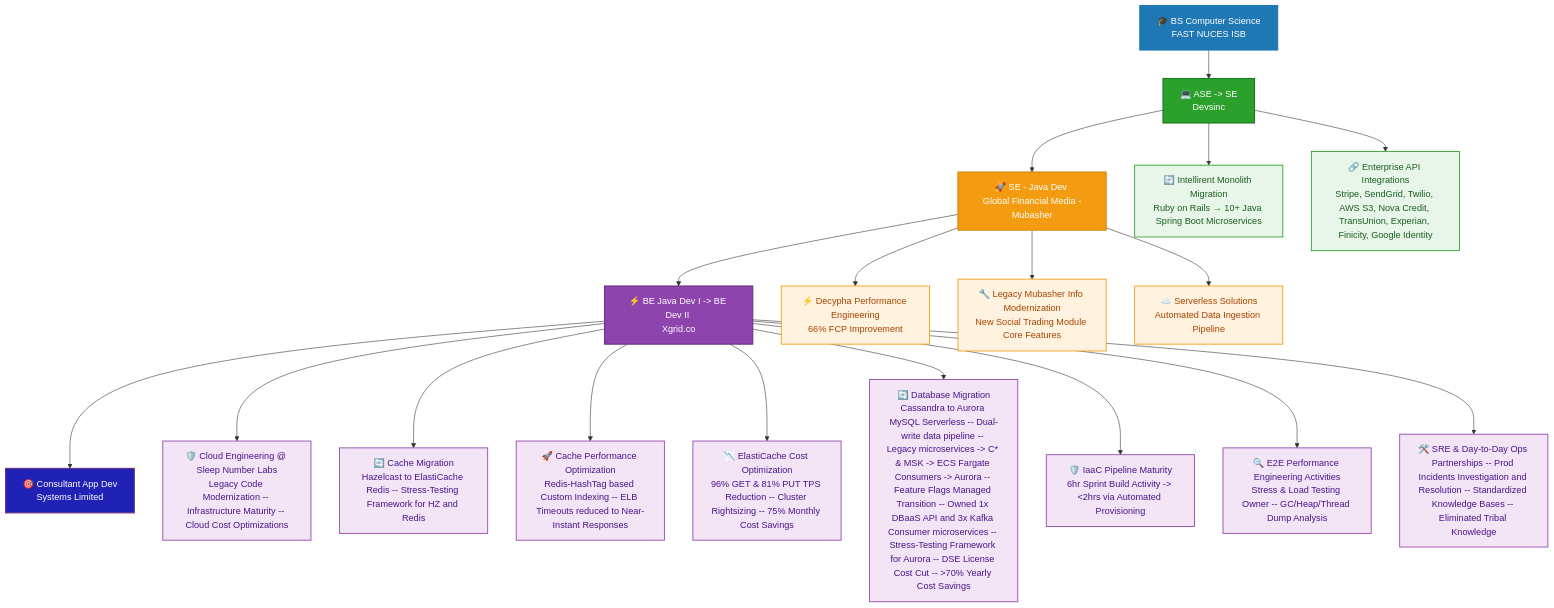
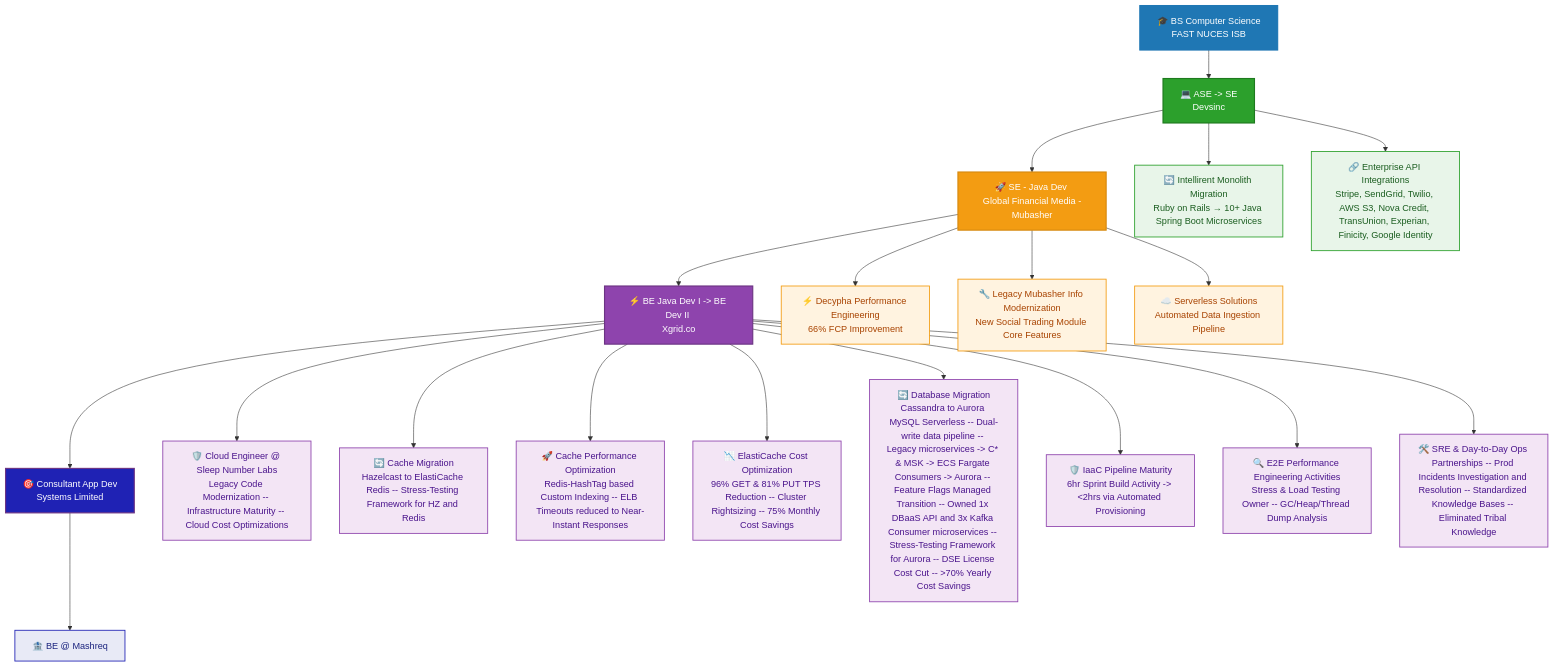
Before and after one commit to khawaja-abdullah/khawaja-abdullah: the diagram in README.md, drawn with Mermaid.

Commit message:
update job role at Systems

````diff
--- a/README.md
+++ b/README.md
@@ -152,53 +152,59 @@
 ```mermaid
 flowchart TD
     A[🎓 BS Computer Science<br/>FAST NUCES ISB] --> B[💻 ASE -> SE <br/>Devsinc]
     B --> C[🚀 SE - Java Dev <br/> Global Financial Media - Mubasher]
     C --> D[⚡ BE Java Dev I -> BE Dev II <br/>Xgrid.co]
     D --> E[🎯 Consultant App Dev <br/> Systems Limited]
     
     %% DEVSINC / INTELLIRENT
     B --> B1[🔄 Intellirent Monolith Migration<br/>Ruby on Rails → 10+ Java Spring Boot Microservices]
     B --> B2[🔗 Enterprise API Integrations<br/>Stripe, SendGrid, Twilio, AWS S3, Nova Credit, TransUnion, Experian, Finicity, Google Identity]
     
     %% GLOBAL FINALICAL MEDIA | MUBASHER / DECYPHA, MUBASHER INFO
     C --> C1[⚡ Decypha Performance Engineering<br/>66% FCP Improvement]
     C --> C2[🔧 Legacy Mubasher Info Modernization<br/>New Social Trading Module Core Features]
     C --> C3[☁️ Serverless Solutions<br/>Automated Data Ingestion Pipeline]
     
     %% XGRID / SLEEP NUMBER
-    D --> D1[🛡️ Cloud Engineering @ Sleep Number Labs<br/>Legacy Code Modernization -- Infrastructure Maturity -- Cloud Cost Optimizations]
+    D --> D1[🛡️ Cloud Engineer @ Sleep Number Labs<br/>Legacy Code Modernization -- Infrastructure Maturity -- Cloud Cost Optimizations]
     D --> D2[🔄 Cache Migration<br/>Hazelcast to ElastiCache Redis -- Stress-Testing Framework for HZ and Redis]
     D --> D3[🚀 Cache Performance Optimization<br/>Redis-HashTag based Custom Indexing -- ELB Timeouts reduced to Near-Instant Responses]
     D --> D4[📉 ElastiCache Cost Optimization<br/>96% GET & 81% PUT TPS Reduction -- Cluster Rightsizing -- 75% Monthly Cost Savings]
     D --> D5[🔄 Database Migration<br/>Cassandra to Aurora MySQL Serverless -- Dual-write data pipeline -- Legacy microservices -> C* & MSK -> ECS Fargate Consumers -> Aurora -- Feature Flags Managed Transition -- Owned 1x DBaaS API and 3x Kafka Consumer microservices -- Stress-Testing Framework for Aurora -- DSE License Cost Cut -- >70% Yearly Cost Savings]
     D --> D6[🛡️ IaaC Pipeline Maturity<br/>6hr Sprint Build Activity -> <2hrs via Automated Provisioning]
     D --> D7[🔍 E2E Performance Engineering Activities<br/>Stress & Load Testing Owner -- GC/Heap/Thread Dump Analysis]
     D --> D8[🛠️ SRE & Day-to-Day Ops Partnerships -- Prod Incidents Investigation and Resolution -- Standardized Knowledge Bases -- Eliminated Tribal Knowledge]
+
+    %% SYSTEMS / MASHREQ
+    E --> E1[🏦 BE @ Mashreq]
 
     %% Main Nodes
     style A fill:#1F77B4,stroke:#1F77B4,stroke-width:2px,color:#ffffff
     style B fill:#2CA02C,stroke:#1E7A1E,stroke-width:2px,color:#ffffff
     style C fill:#F39C12,stroke:#D68910,stroke-width:2px,color:#ffffff
     style D fill:#8E44AD,stroke:#6C3483,stroke-width:2px,color:#ffffff
     style E fill:#1F22B4,stroke:#6C3483,stroke-width:2px,color:#ffffff
 
     %% Devsinc Nodes
     style B1 fill:#E8F5E9,stroke:#2CA02C,stroke-width:1.5px,color:#1B5E20
     style B2 fill:#E8F5E9,stroke:#2CA02C,stroke-width:1.5px,color:#1B5E20
 
     %% Mubasher Nodes
     style C1 fill:#FFF3E0,stroke:#F39C12,stroke-width:1.5px,color:#A84300
     style C2 fill:#FFF3E0,stroke:#F39C12,stroke-width:1.5px,color:#A84300
     style C3 fill:#FFF3E0,stroke:#F39C12,stroke-width:1.5px,color:#A84300
 
     %% Xgrid Nodes
     style D1 fill:#F3E5F5,stroke:#8E44AD,stroke-width:1.5px,color:#4A148C
     style D2 fill:#F3E5F5,stroke:#8E44AD,stroke-width:1.5px,color:#4A148C
     style D3 fill:#F3E5F5,stroke:#8E44AD,stroke-width:1.5px,color:#4A148C
     style D4 fill:#F3E5F5,stroke:#8E44AD,stroke-width:1.5px,color:#4A148C
     style D5 fill:#F3E5F5,stroke:#8E44AD,stroke-width:1.5px,color:#4A148C
     style D6 fill:#F3E5F5,stroke:#8E44AD,stroke-width:1.5px,color:#4A148C
     style D7 fill:#F3E5F5,stroke:#8E44AD,stroke-width:1.5px,color:#4A148C
     style D8 fill:#F3E5F5,stroke:#8E44AD,stroke-width:1.5px,color:#4A148C
 
+    %% Xgrid Nodes
+    style E1 fill:#E8EAF6,stroke:#1F22B4,stroke-width:1.5px,color:#1A237E
+
 ```
````
